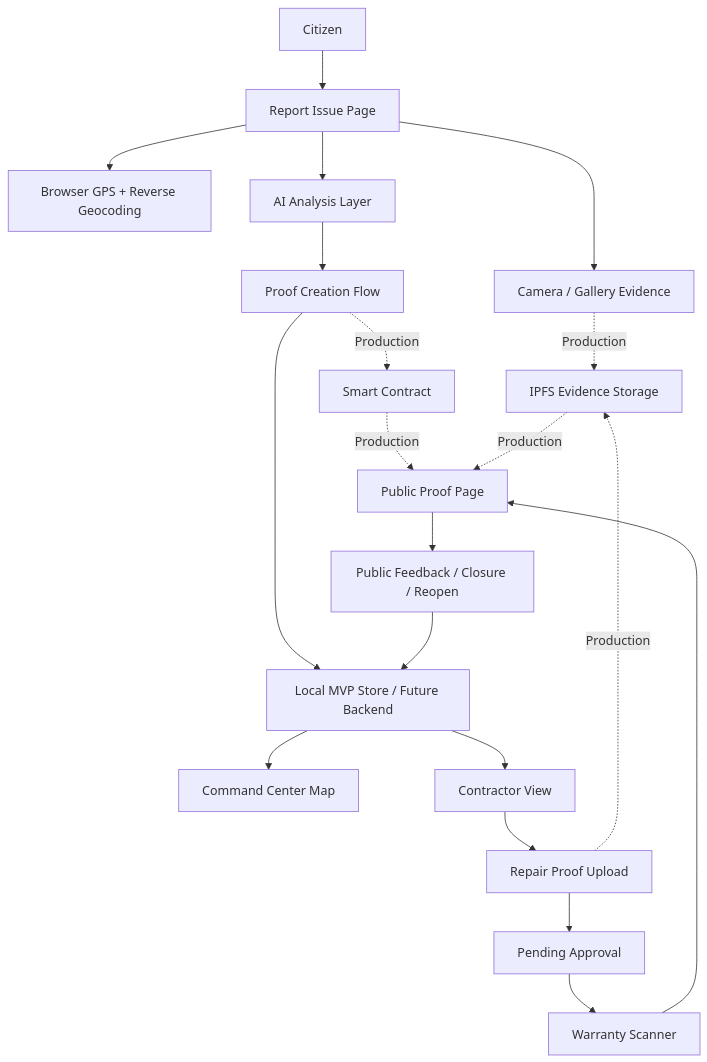
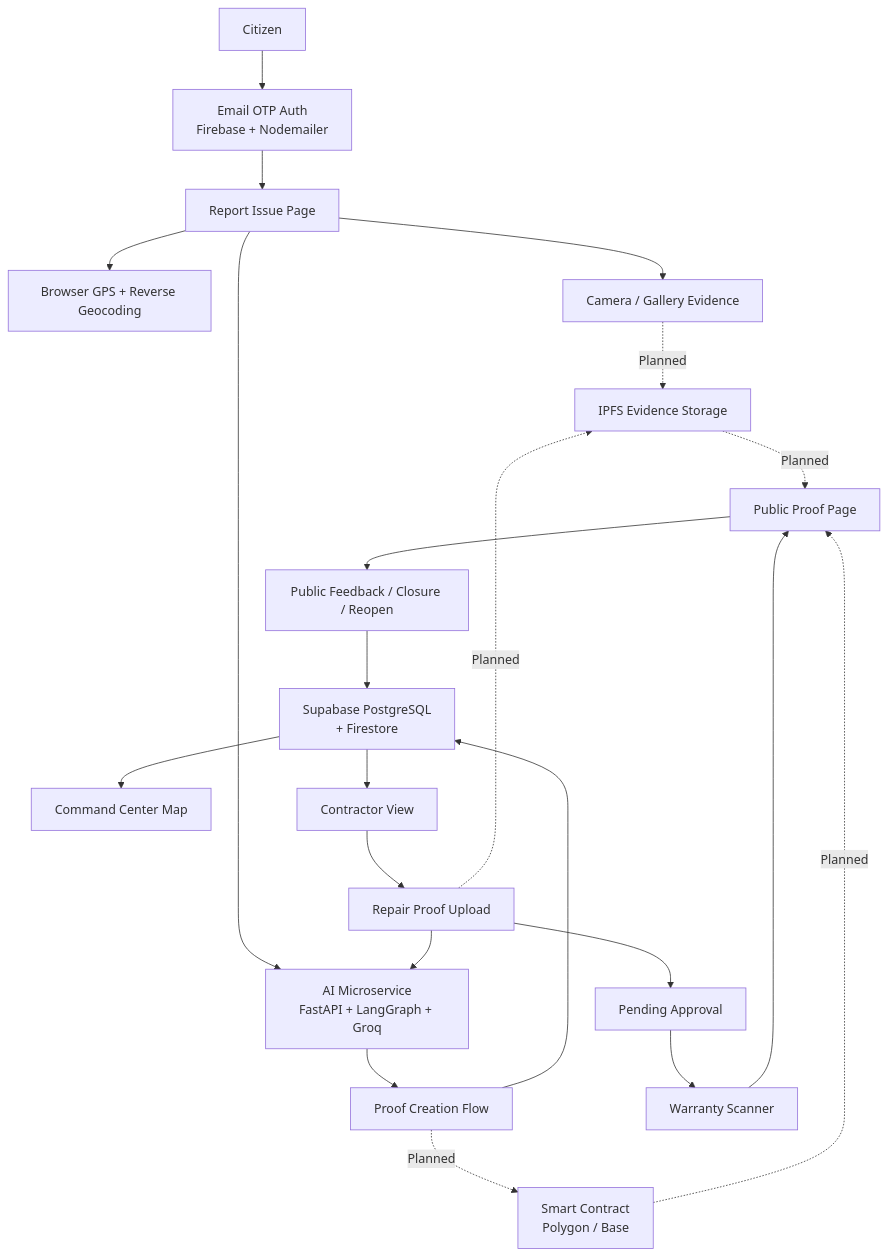
One commit to virajkvk18/CityPramaan changed the second of 2 diagrams in README.md. Above: the diagram before and after it, drawn with Mermaid. The commit also changed other lines of this file, not shown here.

First line of the commit message:
Revise README for live MVP and AI service integration

````diff
--- a/README.md
+++ b/README.md
@@ -290,23 +309,25 @@
 ```mermaid
 graph TD
-    Citizen["Citizen"] --> Report["Report Issue Page"]
+    Citizen["Citizen"] --> Auth["Email OTP Auth\nFirebase + Nodemailer"]
+    Auth --> Report["Report Issue Page"]
     Report --> GPS["Browser GPS + Reverse Geocoding"]
     Report --> Camera["Camera / Gallery Evidence"]
-    Report --> AI["AI Analysis Layer"]
+    Report --> AI["AI Microservice\nFastAPI + LangGraph + Groq"]
     AI --> Proof["Proof Creation Flow"]
-    Proof --> Store["Local MVP Store / Future Backend"]
-    Store --> Command["Command Center Map"]
-    Store --> Contractor["Contractor View"]
+    Proof --> DB["Supabase PostgreSQL\n+ Firestore"]
+    DB --> Command["Command Center Map"]
+    DB --> Contractor["Contractor View"]
     Contractor --> Repair["Repair Proof Upload"]
+    Repair --> AI
     Repair --> Pending["Pending Approval"]
     Pending --> Warranty["Warranty Scanner"]
     Warranty --> Public["Public Proof Page"]
     Public --> Feedback["Public Feedback / Closure / Reopen"]
-    Feedback --> Store
+    Feedback --> DB
 
-    Proof -. "Production" .-> Chain["Smart Contract"]
-    Camera -. "Production" .-> IPFS["IPFS Evidence Storage"]
-    Repair -. "Production" .-> IPFS
-    Chain -. "Production" .-> Public
-    IPFS -. "Production" .-> Public
+    Proof -. "Planned" .-> Chain["Smart Contract\nPolygon / Base"]
+    Camera -. "Planned" .-> IPFS["IPFS Evidence Storage"]
+    Repair -. "Planned" .-> IPFS
+    Chain -. "Planned" .-> Public
+    IPFS -. "Planned" .-> Public
 ```
````
